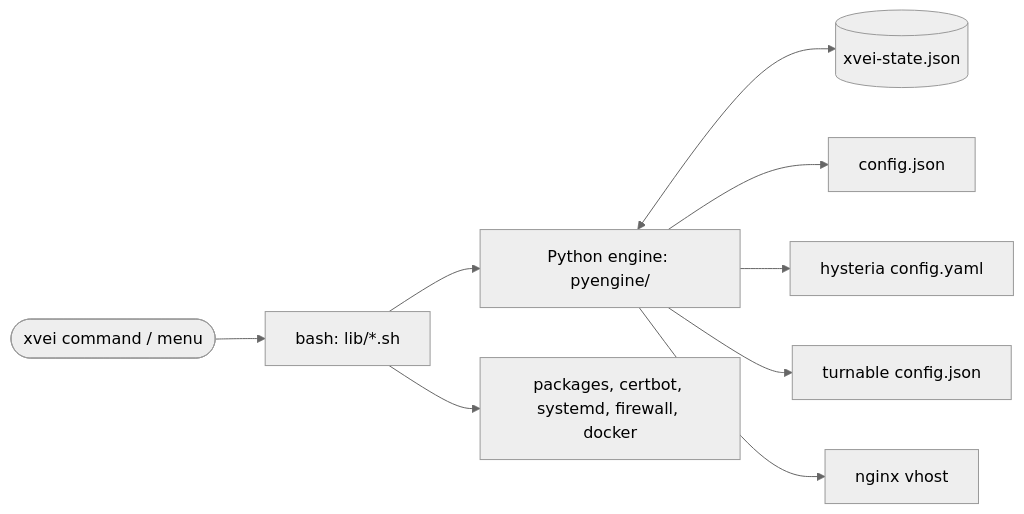
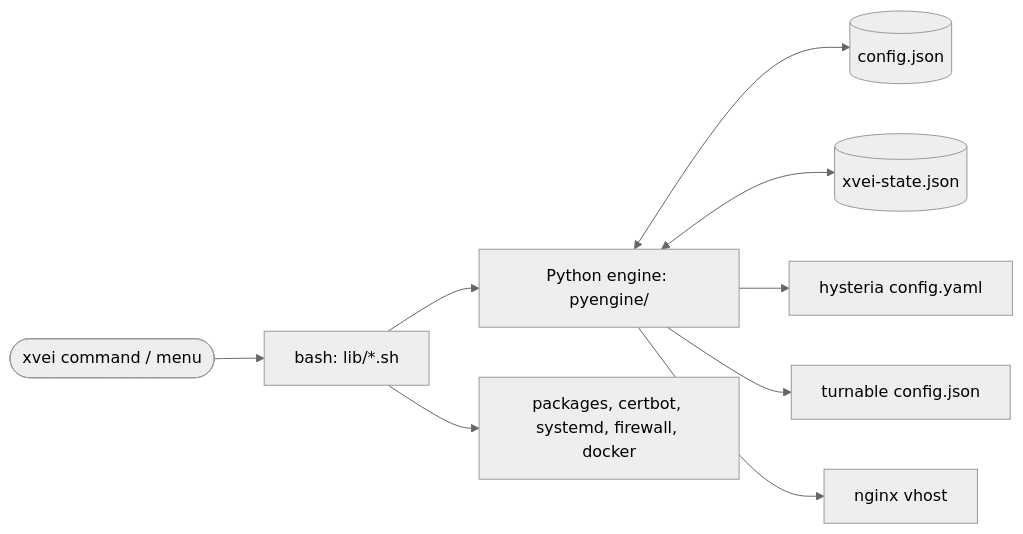
One commit to Shark-vil/xray_vless_easy_install_script changed the first of 4 diagrams in docs/en/architecture.md. Above: the diagram before and after it, drawn with Mermaid (neutral theme). The commit also changed other lines of this file and 27 other files, not shown here.

First line of the commit message:
Make config.json the source of truth

````diff
--- a/docs/en/architecture.md
+++ b/docs/en/architecture.md
@@ -7,11 +7,11 @@
 ```mermaid
 flowchart LR
     user([xvei command / menu]) --> bash[bash: lib/*.sh]
     bash --> engine[Python engine: pyengine/]
+    engine <--> xcfg[(config.json)]
     engine <--> state[(xvei-state.json)]
-    engine --> xcfg[config.json]
     engine --> hcfg[hysteria config.yaml]
     engine --> tcfg[turnable config.json]
     engine --> ncfg[nginx vhost]
     bash --> sys[packages, certbot, systemd, firewall, docker]
 ```
````
